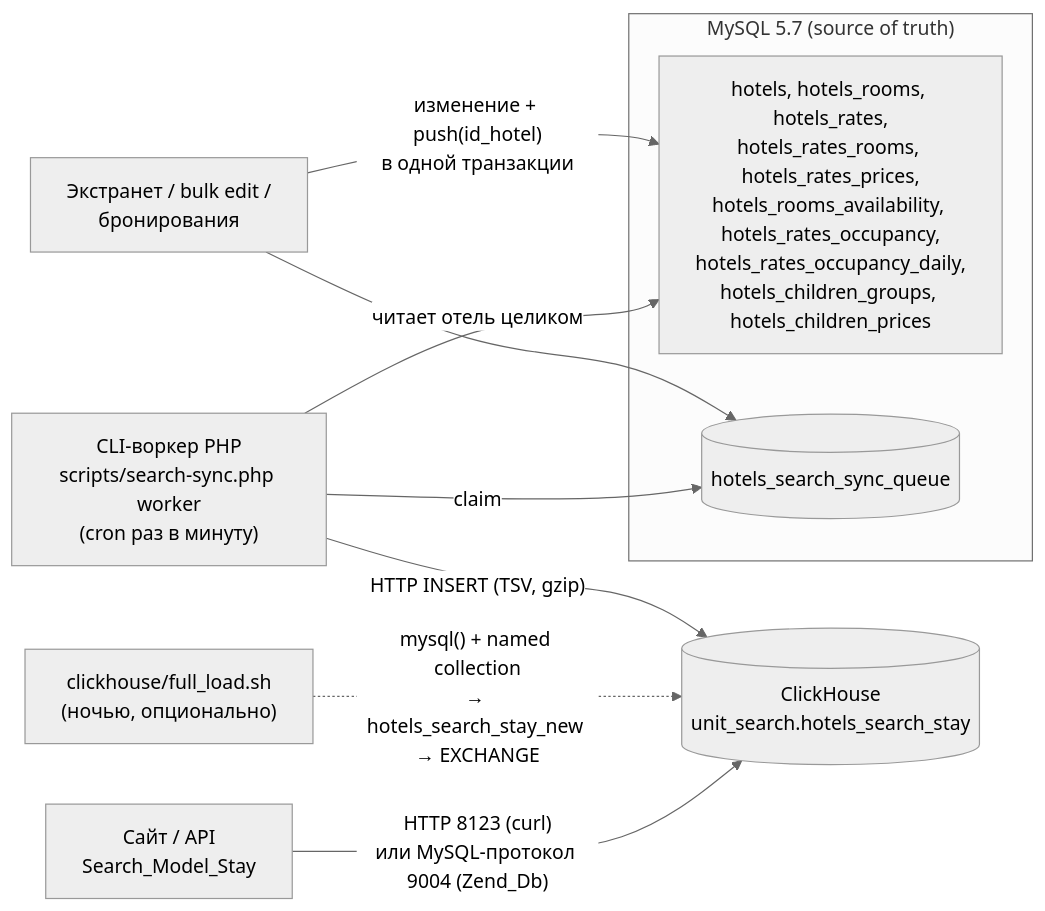
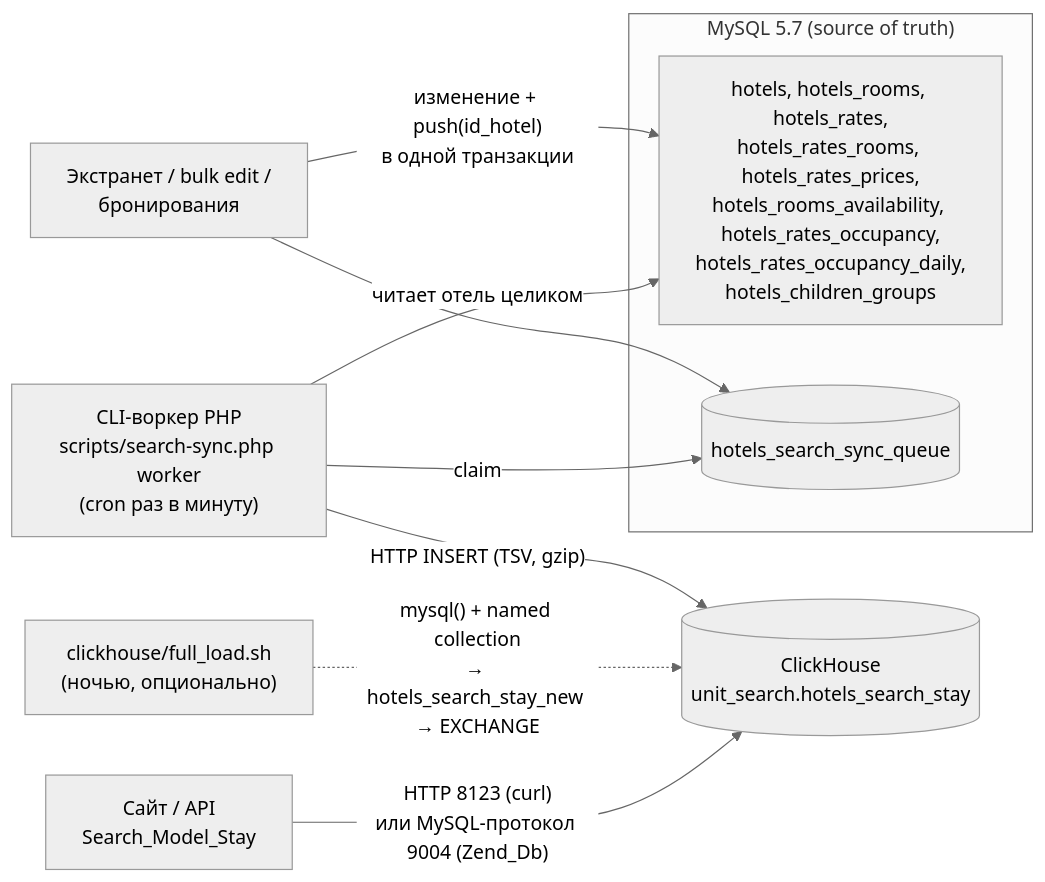
The diagram in unit-search-clickhouse/README.md (agrabynsky-sketch/cloude), drawn with Mermaid (neutral theme) before and after one commit. The commit also changed other lines of this file and 19 other files, not shown here.

````diff
--- a/unit-search-clickhouse/README.md
+++ b/unit-search-clickhouse/README.md
@@ -19,14 +19,14 @@
 ```mermaid
 flowchart LR
     subgraph MySQL["MySQL 5.7 (source of truth)"]
-        T[hotels, hotels_rooms, hotels_rates,<br/>hotels_rates_rooms, hotels_rates_prices,<br/>hotels_rooms_availability, hotels_rates_occupancy,<br/>hotels_rates_occupancy_daily,<br/>hotels_children_groups, hotels_children_prices]
+        T[hotels, hotels_rooms, hotels_rates,<br/>hotels_rates_rooms, hotels_rates_prices,<br/>hotels_rooms_availability, hotels_rates_occupancy,<br/>hotels_rates_occupancy_daily,<br/>hotels_children_groups]
         Q[(hotels_search_sync_queue)]
     end
     A[Экстранет / bulk edit /<br/>бронирования] -- "изменение + push(id_hotel)<br/>в одной транзакции" --> T
     A --> Q
     W["CLI-воркер PHP<br/>scripts/search-sync.php worker<br/>(cron раз в минуту)"] -- claim --> Q
     W -- "читает отель целиком" --> T
     W -- "HTTP INSERT (TSV, gzip)" --> CH[("ClickHouse<br/>unit_search.hotels_search_stay")]
     F["clickhouse/full_load.sh<br/>(ночью, опционально)"] -. "mysql() + named collection<br/>→ hotels_search_stay_new → EXCHANGE" .-> CH
     S["Сайт / API<br/>Search_Model_Stay"] -- "HTTP 8123 (curl)<br/>или MySQL-протокол 9004 (Zend_Db)" --> CH
 ```
````
